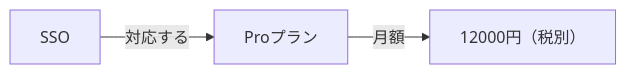
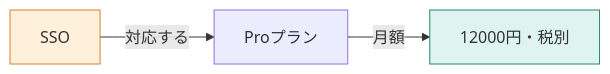
Before and after one commit to kouji0705/rag-study: the diagram in books/cd019af39edb03/15-relate.md, drawn with Mermaid. The commit also changed other lines of this file and 1 other file, not shown here.

````diff
--- a/books/cd019af39edb03/15-relate.md
+++ b/books/cd019af39edb03/15-relate.md
@@ -13,5 +7,7 @@
 ```mermaid
 flowchart LR
     S["SSO"] -->|対応する| P["Proプラン"]
-    P -->|月額| Y["12000円（税別）"]
+    P -->|月額| Y["12000円・税別"]
+    style S fill:#fff0db,stroke:#d9822b
+    style Y fill:#dff4ef,stroke:#228678
 ```
````
